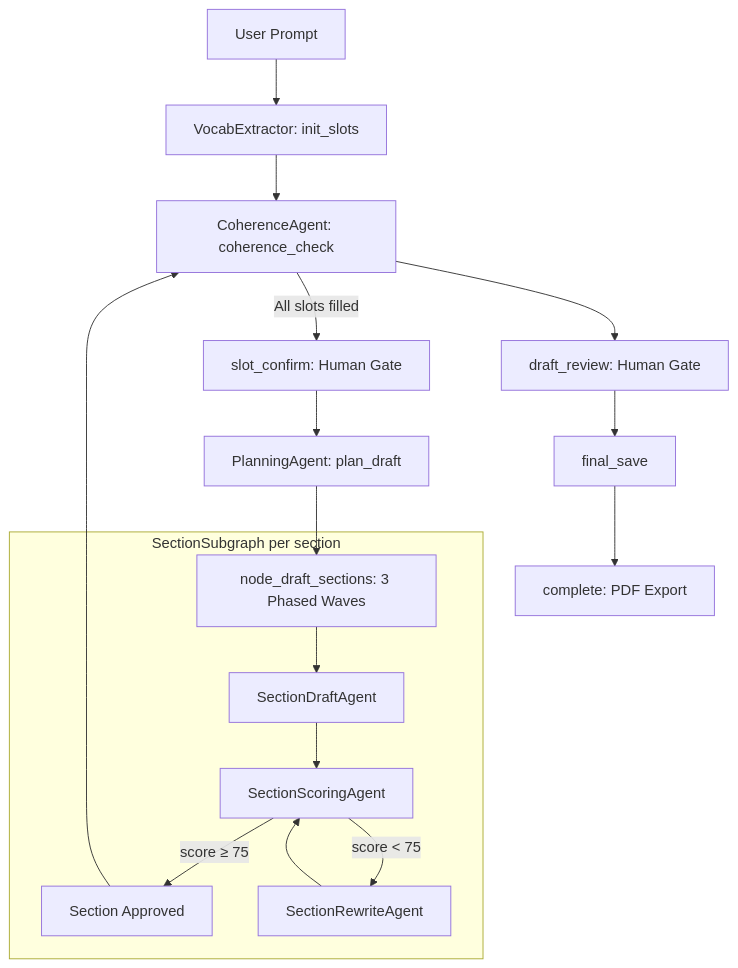
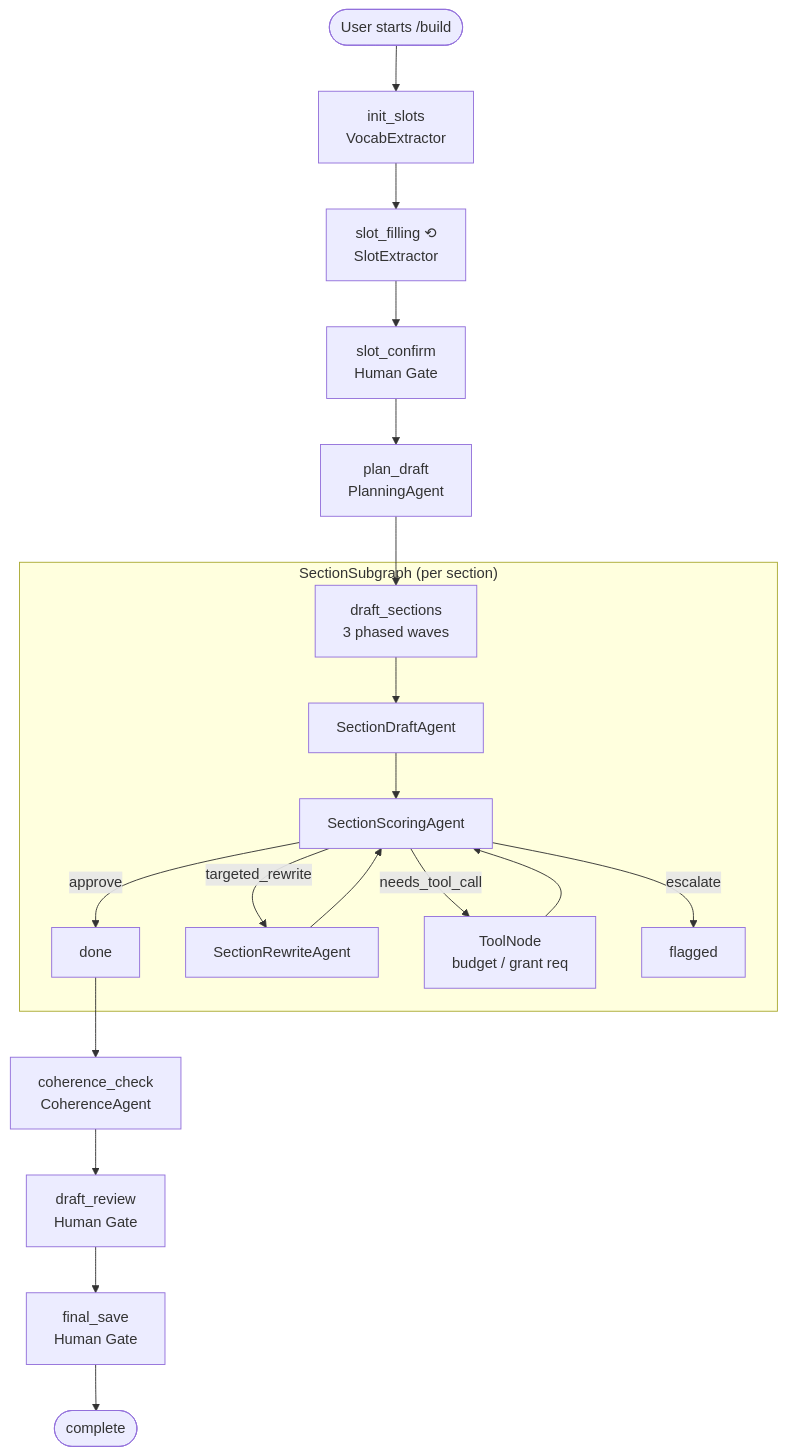
The first of 2 diagrams in README.md (aarushi211/ImpactLink), drawn with Mermaid before and after one commit. The commit also changed other lines of this file and 16 other files, not shown here.

````diff
--- a/README.md
+++ b/README.md
@@ -86,21 +106,24 @@
 ```mermaid
 graph TD
-    A[User Prompt] --> B[VocabExtractor: init_slots]
-    B --> C[slot_filling: Conversational Q&A]
-    C -->|All slots filled| D[slot_confirm: Human Gate]
-    D --> P[PlanningAgent: plan_draft]
-    P --> E[node_draft_sections: 3 Phased Waves]
+    START([User starts /build]) --> INIT[init_slots<br/>VocabExtractor]
+    INIT --> SLOTS[slot_filling ⟲<br/>SlotExtractor]
+    SLOTS --> CONFIRM[slot_confirm<br/>Human Gate]
+    CONFIRM --> PLAN[plan_draft<br/>PlanningAgent]
+    PLAN --> DRAFT[draft_sections<br/>3 phased waves]
 
-    subgraph "SectionSubgraph per section"
-        E --> F[SectionDraftAgent]
-        F --> G[SectionScoringAgent]
-        G -->|score ≥ 75| H[Section Approved]
-        G -->|score < 75| I[SectionRewriteAgent]
-        I --> G
+    subgraph SectionSubgraph["SectionSubgraph (per section)"]
+        DRAFT --> SD[SectionDraftAgent]
+        SD --> SS[SectionScoringAgent]
+        SS -->|approve| OK[done]
+        SS -->|targeted_rewrite| SR[SectionRewriteAgent]
+        SS -->|needs_tool_call| TOOL[ToolNode<br/>budget / grant req]
+        SR --> SS
+        TOOL --> SS
+        SS -->|escalate| FLAG[flagged]
     end
 
-    H --> C[CoherenceAgent: coherence_check]
-    C --> J[draft_review: Human Gate]
-    J --> K[final_save]
-    K --> L[complete: PDF Export]
+    OK --> COH[coherence_check<br/>CoherenceAgent]
+    COH --> REVIEW[draft_review<br/>Human Gate]
+    REVIEW --> SAVE[final_save<br/>Human Gate]
+    SAVE --> DONE([complete])
 ```
````
